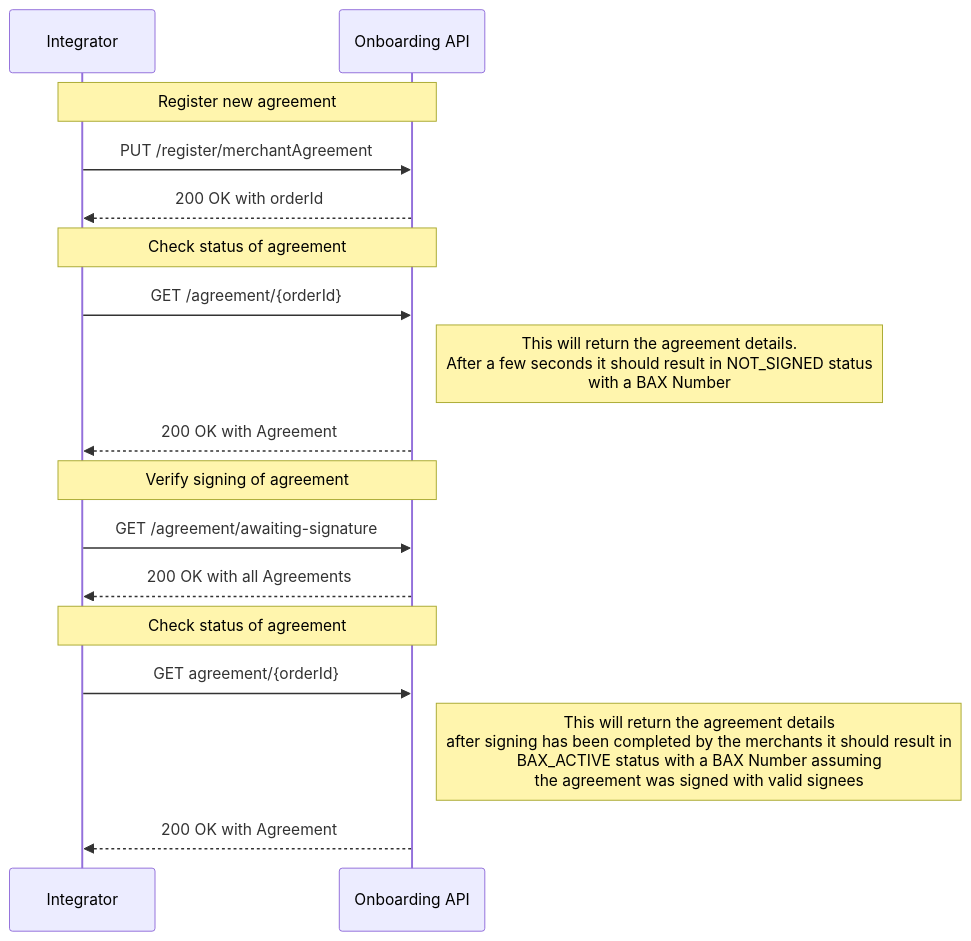
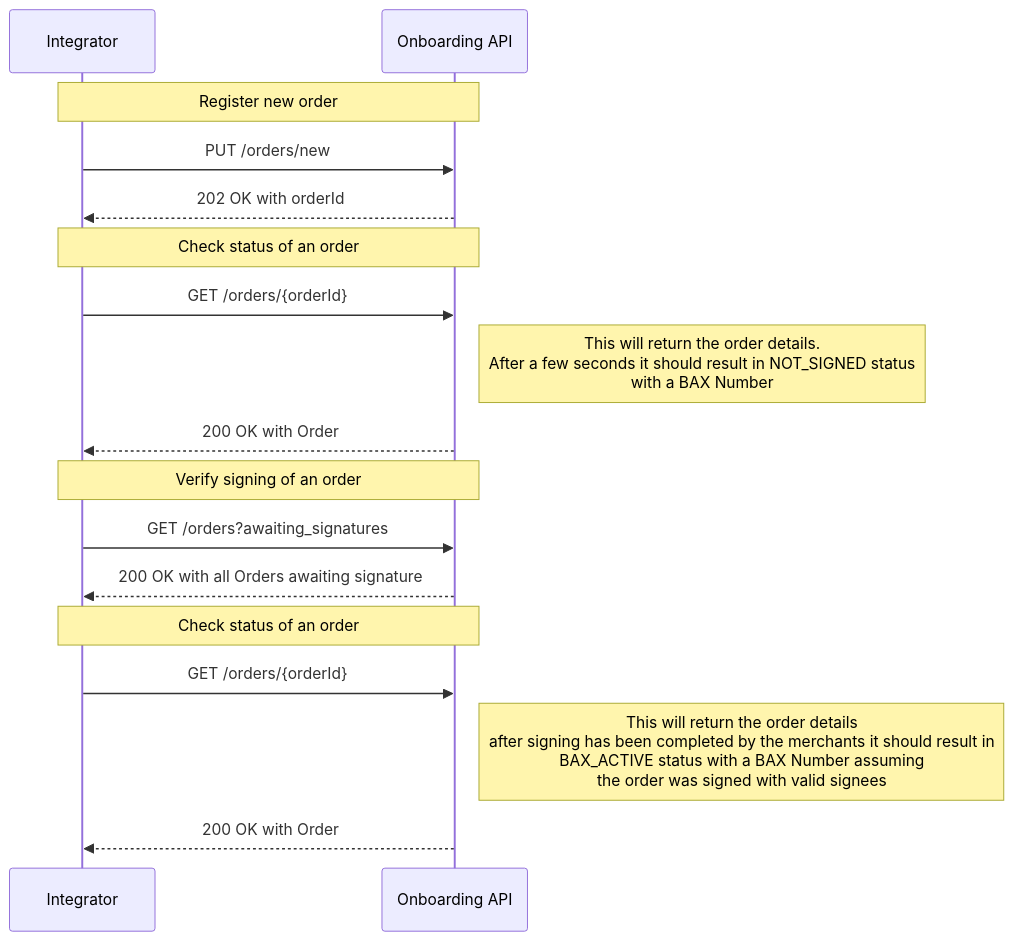
Before and after one commit to BankAxept/bankaxept-onboarding-external-documentation: the first of 2 diagrams in docs/prod_flows.md, drawn with Mermaid. The commit also changed other lines of this file and 3 other files, not shown here.

````diff
--- a/docs/prod_flows.md
+++ b/docs/prod_flows.md
@@ -5,23 +5,23 @@
 ```mermaid
 sequenceDiagram
 participant I as Integrator
 participant O as Onboarding API
 
-note over I, O: Register new agreement
-I ->> O: PUT /register/merchantAgreement
-O -->> I: 200 OK with orderId
+note over I, O: Register new order
+I ->> O: PUT /orders/new
+O -->> I: 202 OK with orderId
 
-note over I, O: Check status of agreement
-I ->> O : GET /agreement/{orderId}
-note right of O: This will return the agreement details. <br/> After a few seconds it should result in NOT_SIGNED status <br/> with a BAX Number
-O -->> I: 200 OK with Agreement
+note over I, O: Check status of an order
+I ->> O : GET /orders/{orderId}
+note right of O: This will return the order details. <br/> After a few seconds it should result in NOT_SIGNED status <br/> with a BAX Number
+O -->> I: 200 OK with Order
 
-note over I, O: Verify signing of agreement
-I ->> O: GET /agreement/awaiting-signature
-O -->> I: 200 OK with all Agreements
+note over I, O: Verify signing of an order
+I ->> O: GET /orders?awaiting_signatures
+O -->> I: 200 OK with all Orders awaiting signature
 
-note over I, O: Check status of agreement
-I ->> O : GET agreement/{orderId}
-note right of O: This will return the agreement details <br/> after signing has been completed by the merchants it should result in <br/> BAX_ACTIVE status with a BAX Number assuming <br/> the agreement was signed with valid signees
-O -->> I: 200 OK with Agreement
+note over I, O: Check status of an order
+I ->> O : GET /orders/{orderId}
+note right of O: This will return the order details <br/> after signing has been completed by the merchants it should result in <br/> BAX_ACTIVE status with a BAX Number assuming <br/> the order was signed with valid signees
+O -->> I: 200 OK with Order
 ```
````
